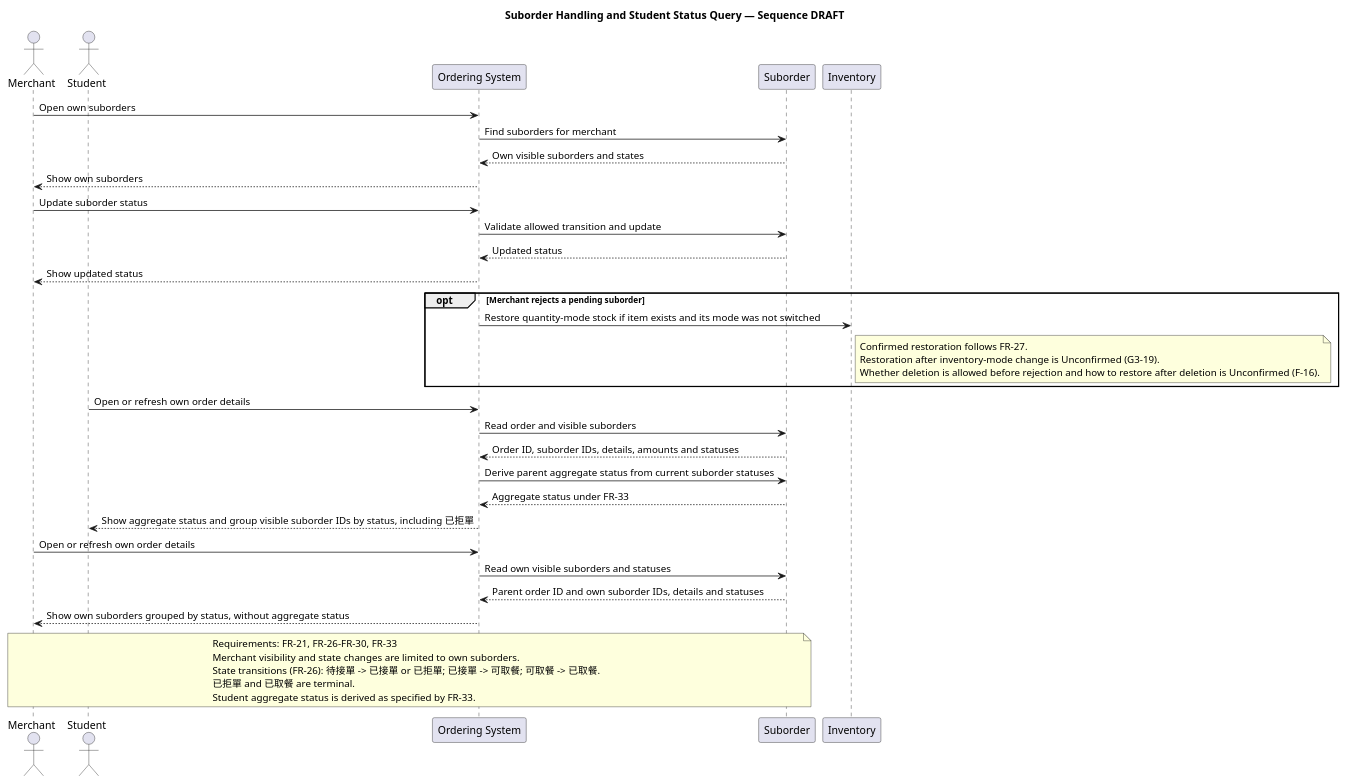
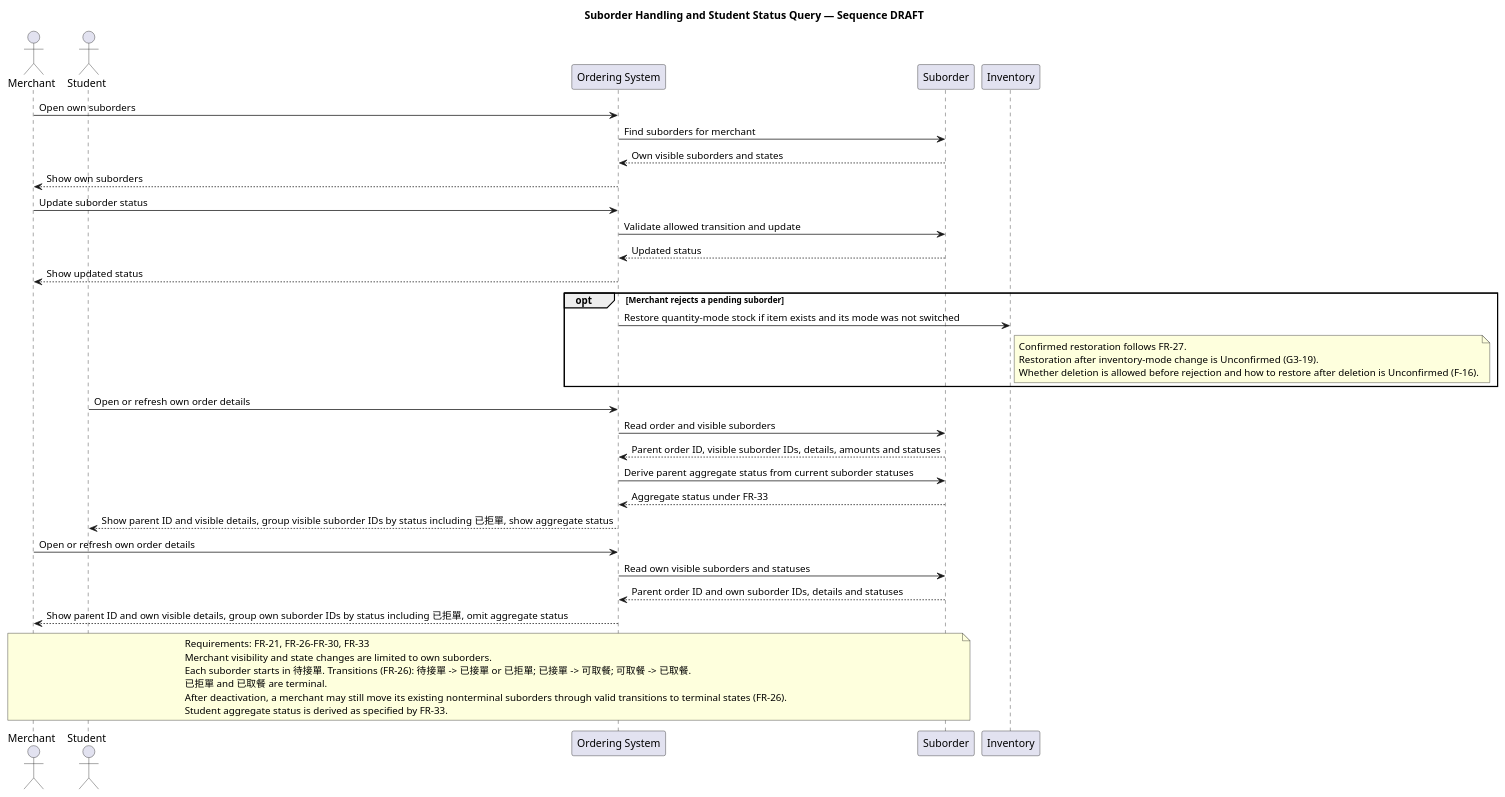
The diagram in specs/001-campus-ordering/uml/sequence-suborders.puml (actcfx/CampusFoodOrderingSystem), drawn with PlantUML before and after one commit. The commit also changed 8 other files, not shown here.

Commit message:
Docs: Fix UML round 2 findings and update G4 record

```diff
--- a/specs/001-campus-ordering/uml/sequence-suborders.puml
+++ b/specs/001-campus-ordering/uml/sequence-suborders.puml
@@ -1,47 +1,48 @@
 @startuml
 title Suborder Handling and Student Status Query — Sequence DRAFT
 actor Merchant
 actor Student
 participant "Ordering System" as System
 participant "Suborder" as Suborder
 participant "Inventory" as Inventory
 
 Merchant -> System: Open own suborders
 System -> Suborder: Find suborders for merchant
 Suborder --> System: Own visible suborders and states
 System --> Merchant: Show own suborders
 
 Merchant -> System: Update suborder status
 System -> Suborder: Validate allowed transition and update
 Suborder --> System: Updated status
 System --> Merchant: Show updated status
 
 opt Merchant rejects a pending suborder
   System -> Inventory: Restore quantity-mode stock if item exists and its mode was not switched
   note right of Inventory
     Confirmed restoration follows FR-27.
     Restoration after inventory-mode change is Unconfirmed (G3-19).
     Whether deletion is allowed before rejection and how to restore after deletion is Unconfirmed (F-16).
   end note
 end
 
 Student -> System: Open or refresh own order details
 System -> Suborder: Read order and visible suborders
-Suborder --> System: Order ID, suborder IDs, details, amounts and statuses
+Suborder --> System: Parent order ID, visible suborder IDs, details, amounts and statuses
 System -> Suborder: Derive parent aggregate status from current suborder statuses
 Suborder --> System: Aggregate status under FR-33
-System --> Student: Show aggregate status and group visible suborder IDs by status, including 已拒單
+System --> Student: Show parent ID and visible details, group visible suborder IDs by status including 已拒單, show aggregate status
 
 Merchant -> System: Open or refresh own order details
 System -> Suborder: Read own visible suborders and statuses
 Suborder --> System: Parent order ID and own suborder IDs, details and statuses
-System --> Merchant: Show own suborders grouped by status, without aggregate status
+System --> Merchant: Show parent ID and own visible details, group own suborder IDs by status including 已拒單, omit aggregate status
 
 note over Merchant,Suborder
   Requirements: FR-21, FR-26–FR-30, FR-33
   Merchant visibility and state changes are limited to own suborders.
-  State transitions (FR-26): 待接單 -> 已接單 or 已拒單; 已接單 -> 可取餐; 可取餐 -> 已取餐.
+  Each suborder starts in 待接單. Transitions (FR-26): 待接單 -> 已接單 or 已拒單; 已接單 -> 可取餐; 可取餐 -> 已取餐.
   已拒單 and 已取餐 are terminal.
+  After deactivation, a merchant may still move its existing nonterminal suborders through valid transitions to terminal states (FR-26).
   Student aggregate status is derived as specified by FR-33.
 end note
 @enduml
```
